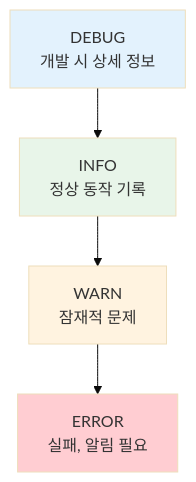
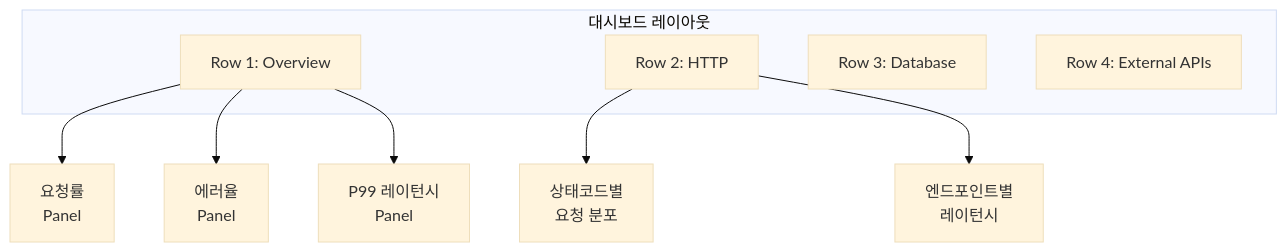
The third of 7 diagrams in src/content/backend/go/enterprise-go-8-observability.md (KimSeogyu/KimSeogyu.github.io), drawn with Mermaid (base theme) before and after one commit. The commit also changed other lines of this file and 7 other files, not shown here.

````diff
--- a/src/content/backend/go/enterprise-go-8-observability.md
+++ b/src/content/backend/go/enterprise-go-8-observability.md
@@ -69,16 +102,16 @@
 ```mermaid
 graph TB
-    DEBUG["DEBUG<br/>개발 시 상세 정보"]
-    INFO["INFO<br/>정상 동작 기록"]
-    WARN["WARN<br/>잠재적 문제"]
-    ERROR["ERROR<br/>실패, 알림 필요"]
+    subgraph "대시보드 레이아웃"
+        ROW1["Row 1: Overview"]
+        ROW2["Row 2: HTTP"]
+        ROW3["Row 3: Database"]
+        ROW4["Row 4: External APIs"]
+    end
     
-    DEBUG --> INFO
-    INFO --> WARN
-    WARN --> ERROR
+    ROW1 --> P1["요청률<br/>Panel"]
+    ROW1 --> P2["에러율<br/>Panel"]
+    ROW1 --> P3["P99 레이턴시<br/>Panel"]
     
-    style ERROR fill:#ffcdd2
-    style WARN fill:#fff3e0
-    style INFO fill:#e8f5e9
-    style DEBUG fill:#e3f2fd
+    ROW2 --> P4["상태코드별<br/>요청 분포"]
+    ROW2 --> P5["엔드포인트별<br/>레이턴시"]
 ```
````
